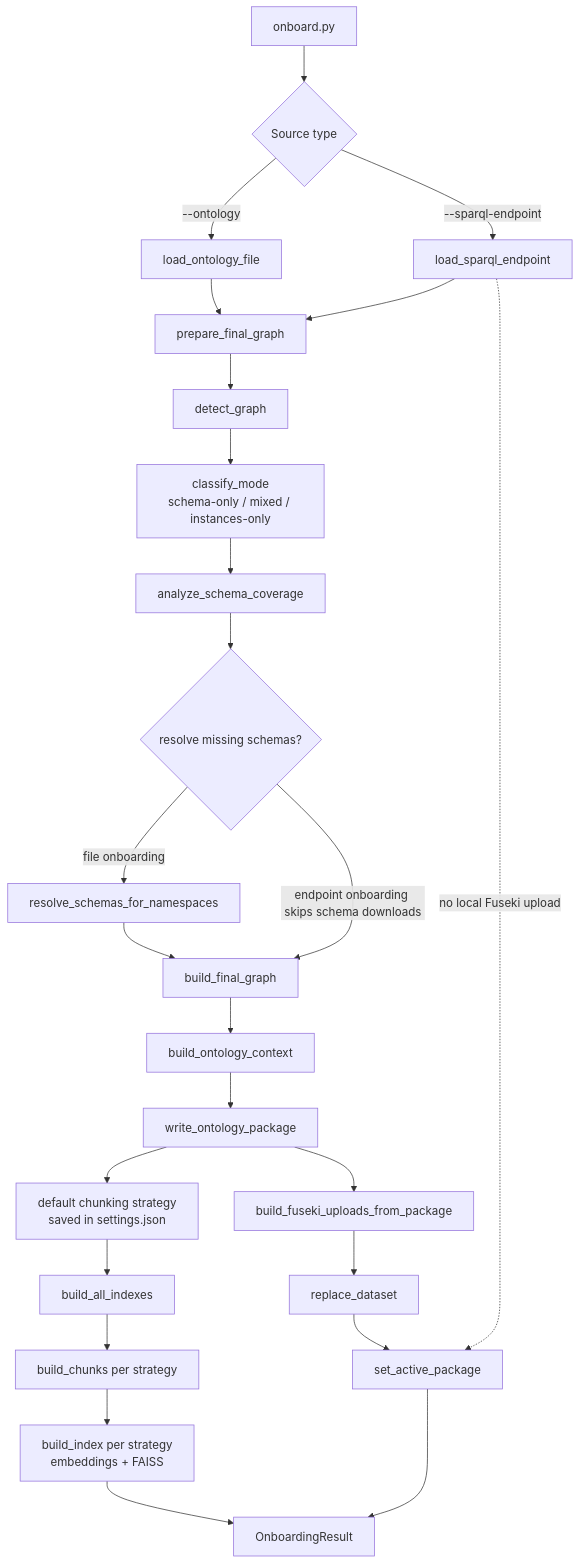
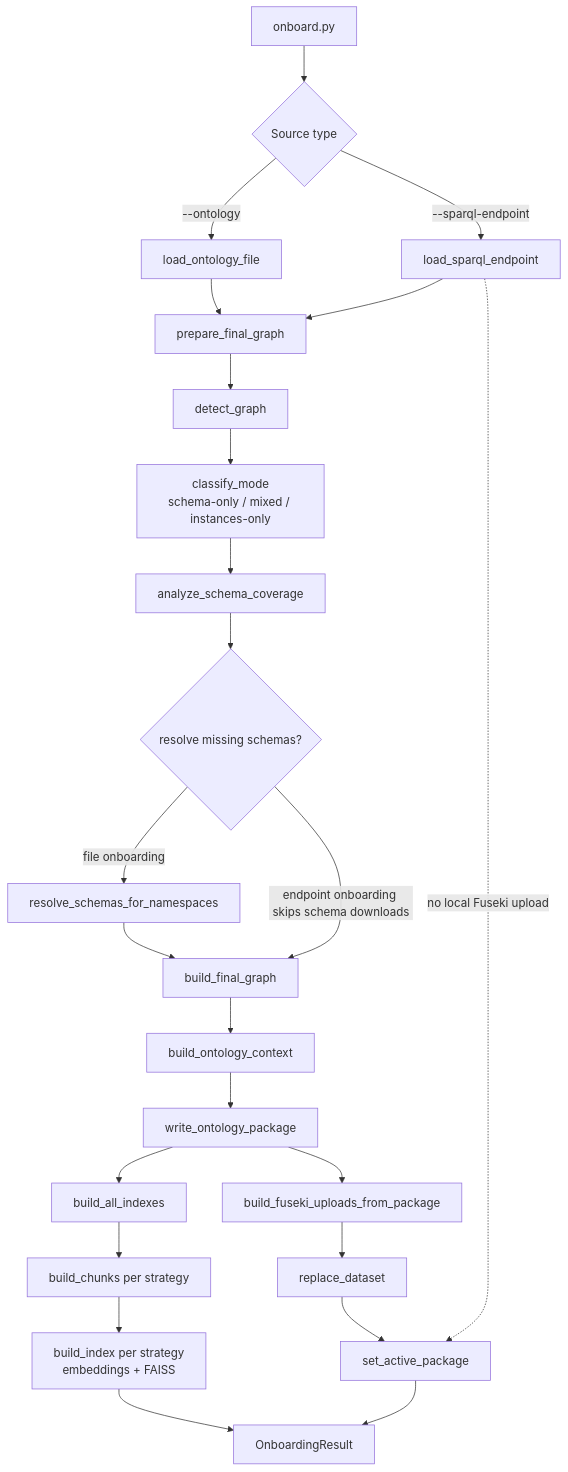
One commit to Mikel-angelo/NL-to-SPARQL changed the diagram in docs/architecture/onboarding-flow.md. Above: the diagram before and after it, drawn with Mermaid. The commit also changed other lines of this file and 15 other files, not shown here.

````diff
--- a/docs/architecture/onboarding-flow.md
+++ b/docs/architecture/onboarding-flow.md
@@ -5,44 +5,43 @@
 ```mermaid
 flowchart TD
     cli[onboard.py]
     source{Source type}
     load_file[load_ontology_file]
     load_endpoint[load_sparql_endpoint]
     prepare[prepare_final_graph]
     detect[detect_graph]
     mode[classify_mode\nschema-only / mixed / instances-only]
     coverage[analyze_schema_coverage]
     resolve{resolve missing schemas?}
     schemas[resolve_schemas_for_namespaces]
     merge[build_final_graph]
     context[build_ontology_context]
     write[write_ontology_package]
-    strategy[default chunking strategy\nsaved in settings.json]
     build_all[build_all_indexes]
     chunks[build_chunks per strategy]
     index[build_index per strategy\nembeddings + FAISS]
     uploads[build_fuseki_uploads_from_package]
     fuseki[replace_dataset]
     active[set_active_package]
     result[OnboardingResult]
 
     cli --> source
     source -->|--ontology| load_file
     source -->|--sparql-endpoint| load_endpoint
     load_file --> prepare
     load_endpoint --> prepare
     prepare --> detect --> mode --> coverage --> resolve
     resolve -->|file onboarding| schemas --> merge
     resolve -->|endpoint onboarding skips schema downloads| merge
     merge --> context
     context --> write
-    write --> strategy --> build_all --> chunks --> index
+    write --> build_all --> chunks --> index
     index --> result
 
     write --> uploads
     uploads --> fuseki
     fuseki --> active
     active --> result
 
     load_endpoint -. no local Fuseki upload .-> active
 ```
````
